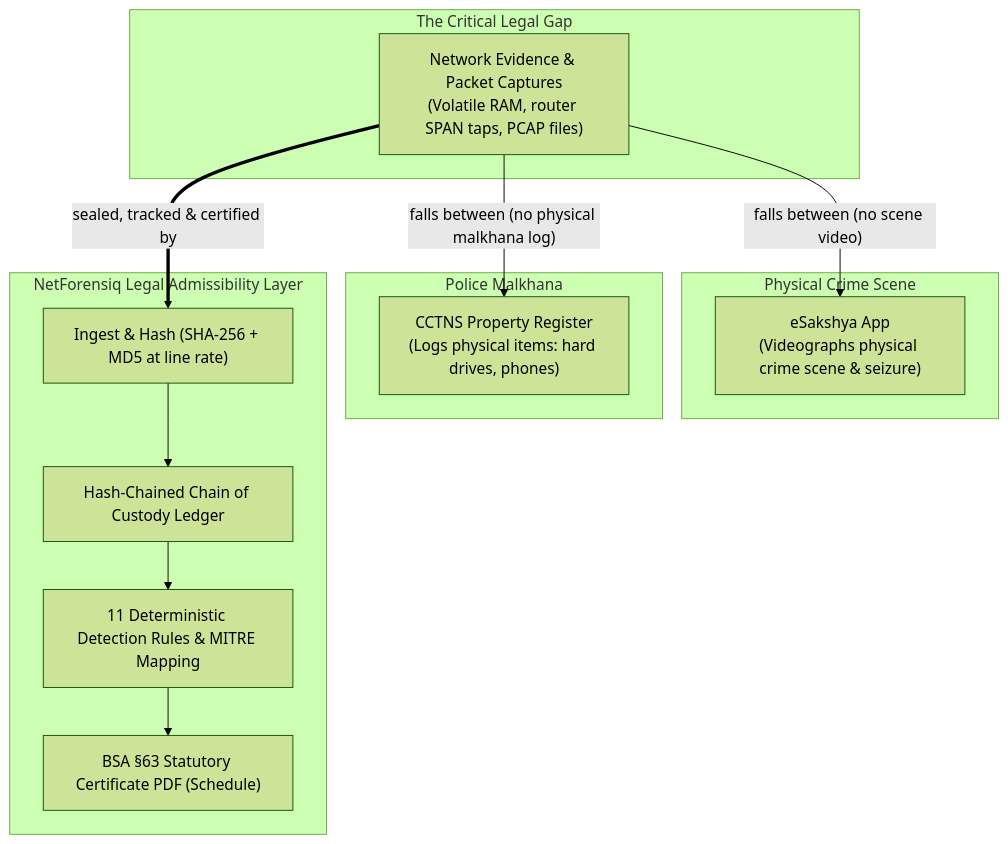
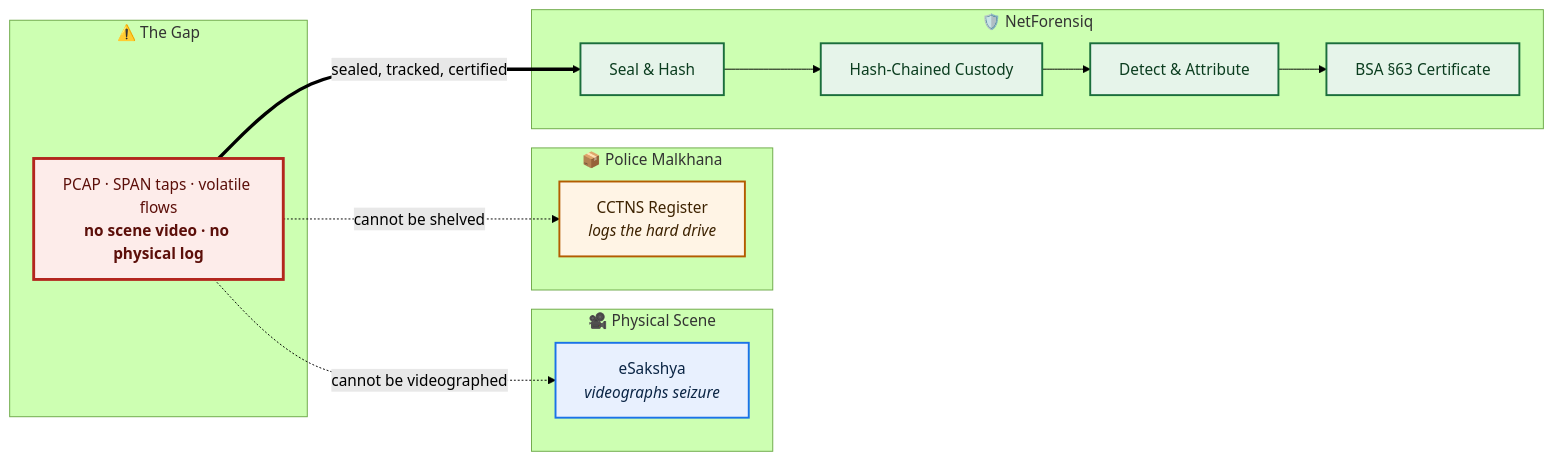
Before and after one commit to Anbu-00001/NetForensiq: the first of 10 diagrams in README.md, drawn with Mermaid (forest theme). The commit also changed other lines of this file, not shown here.

Commit message:
docs: rewrite README with workflow diagrams and honest limitations

````diff
--- a/README.md
+++ b/README.md
@@ -15,26 +30,28 @@
 ```mermaid
-graph TD
-    subgraph Scene ["Physical Crime Scene"]
-        A["eSakshya App<br/>(Videographs physical crime scene & seizure)"]
+graph LR
+    subgraph SCENE["🎥 Physical Scene"]
+        A["eSakshya<br/><i>videographs seizure</i>"]
+    end
+    subgraph STORE["📦 Police Malkhana"]
+        B["CCTNS Register<br/><i>logs the hard drive</i>"]
+    end
+    subgraph GAP["⚠️ The Gap"]
+        C["PCAP · SPAN taps · volatile flows<br/><b>no scene video · no physical log</b>"]
+    end
+    subgraph NF["🛡️ NetForensiq"]
+        D["Seal &amp; Hash"] --> E["Hash-Chained Custody"] --> F["Detect &amp; Attribute"] --> G["BSA §63 Certificate"]
     end
 
-    subgraph Malkhana ["Police Malkhana"]
-        B["CCTNS Property Register<br/>(Logs physical items: hard drives, phones)"]
-    end
+    C -.->|"cannot be videographed"| A
+    C -.->|"cannot be shelved"| B
+    C ==>|"sealed, tracked, certified"| D
 
-    subgraph Gap ["The Critical Legal Gap"]
-        C["Network Evidence & Packet Captures<br/>(Volatile RAM, router SPAN taps, PCAP files)"]
-    end
-
-    subgraph NetForensiq ["NetForensiq Legal Admissibility Layer"]
-        D["Ingest & Hash (SHA-256 + MD5 at line rate)"]
-        E["Hash-Chained Chain of Custody Ledger"]
-        F["11 Deterministic Detection Rules & MITRE Mapping"]
-        G["BSA §63 Statutory Certificate PDF (Schedule)"]
-    end
-
-    C -->|"falls between (no scene video)"| A
-    C -->|"falls between (no physical malkhana log)"| B
-    C == "sealed, tracked & certified by" ==> D
-    D --> E --> F --> G
+    classDef scene fill:#E8F0FE,stroke:#1A73E8,stroke-width:2px,color:#0B2545
+    classDef store fill:#FFF4E5,stroke:#B35C00,stroke-width:2px,color:#3D2200
+    classDef gap fill:#FDECEA,stroke:#B3261E,stroke-width:3px,color:#5C0F0A
+    classDef nf fill:#E6F4EA,stroke:#1B6E3C,stroke-width:2px,color:#0B3D1F
+    class A scene
+    class B store
+    class C gap
+    class D,E,F,G nf
 ```
````
